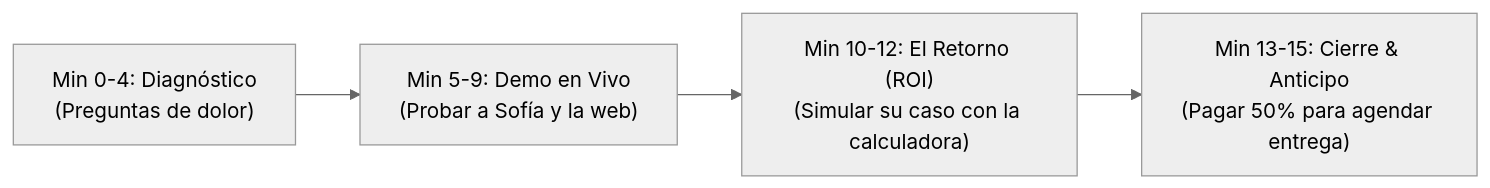
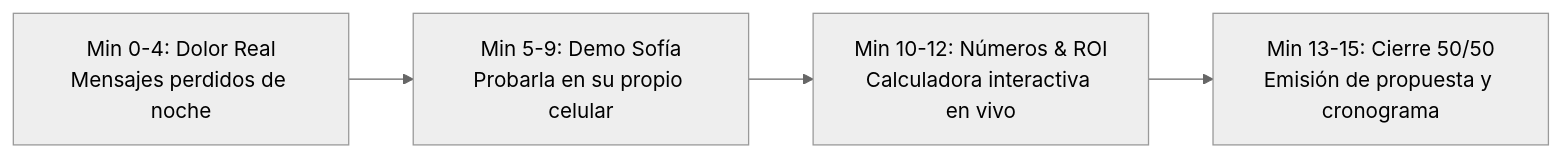
The fifth of 10 diagrams in docs/PLAN_DE_NEGOCIOS_SINCROIA.md (AlejoLamg/Sincria-), drawn with Mermaid (neutral theme) before and after one commit. The commit also changed other lines of this file, not shown here.

````diff
--- a/docs/PLAN_DE_NEGOCIOS_SINCROIA.md
+++ b/docs/PLAN_DE_NEGOCIOS_SINCROIA.md
@@ -276,6 +330,6 @@
 ```mermaid
 flowchart LR
-    F1["Min 0-4: Diagnóstico<br/>(Preguntas de dolor)"] --> F2["Min 5-9: Demo en Vivo<br/>(Probar a Sofía y la web)"]
-    F2 --> F3["Min 10-12: El Retorno (ROI)<br/>(Simular su caso con la calculadora)"]
-    F3 --> F4["Min 13-15: Cierre & Anticipo<br/>(Pagar 50% para agendar entrega)"]
+    F1["Min 0-4: Dolor Real<br/>Mensajes perdidos de noche"] --> F2["Min 5-9: Demo Sofía<br/>Probarla en su propio celular"]
+    F2 --> F3["Min 10-12: Números & ROI<br/>Calculadora interactiva en vivo"]
+    F3 --> F4["Min 13-15: Cierre 50/50<br/>Emisión de propuesta y cronograma"]
 ```
````
